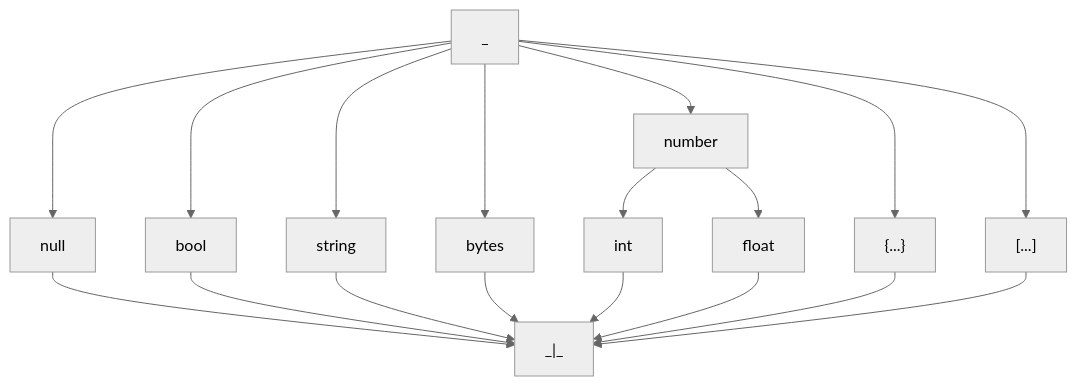
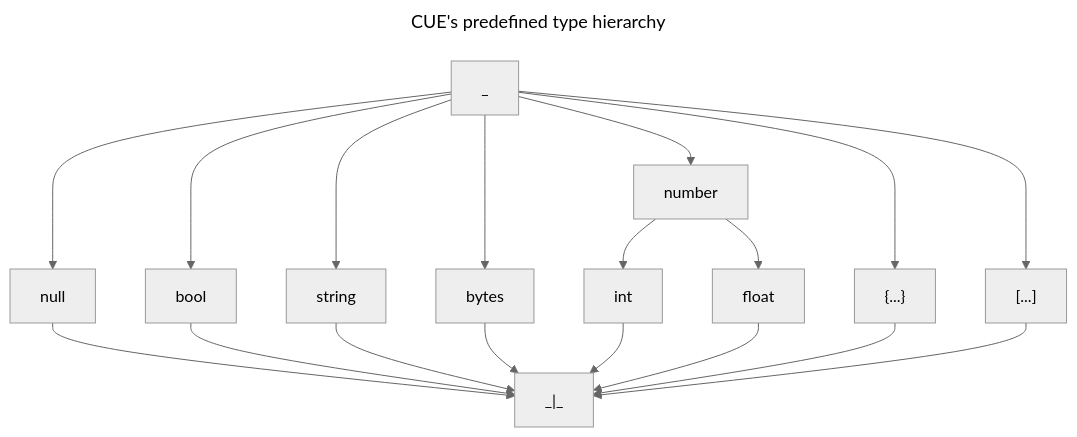
Before and after one commit to cue-lang/cuelang.org: the diagram in mkdocs/preprocessor/content/docs/tour/types/types/en.md, drawn with Mermaid (neutral theme). The commit also changed 6 other files, not shown here.

First line of the commit message:
mkdocs: replace Hugo mermaid shortcode with code block with tmp-mkdocs/update-mermaid.bash

````diff
--- a/mkdocs/preprocessor/content/docs/tour/types/types/en.md
+++ b/mkdocs/preprocessor/content/docs/tour/types/types/en.md
@@ -8,16 +8,19 @@
-{{< mermaid caption="CUE's predefined type hierarchy" >}}
+``` mermaid
+---
+title: "CUE's predefined type hierarchy"
+---
 flowchart TD
 
 top["_"]
 bottom["_|_"]
 struct["{...}"]
 list["[...]"]
 
 top --> null --> bottom
 top --> bool --> bottom
 top --> string --> bottom
 top --> bytes --> bottom
 top --> number --> int & float --> bottom
 top --> struct --> bottom
 top --> list --> bottom
-{{< /mermaid >}}
+```
````
